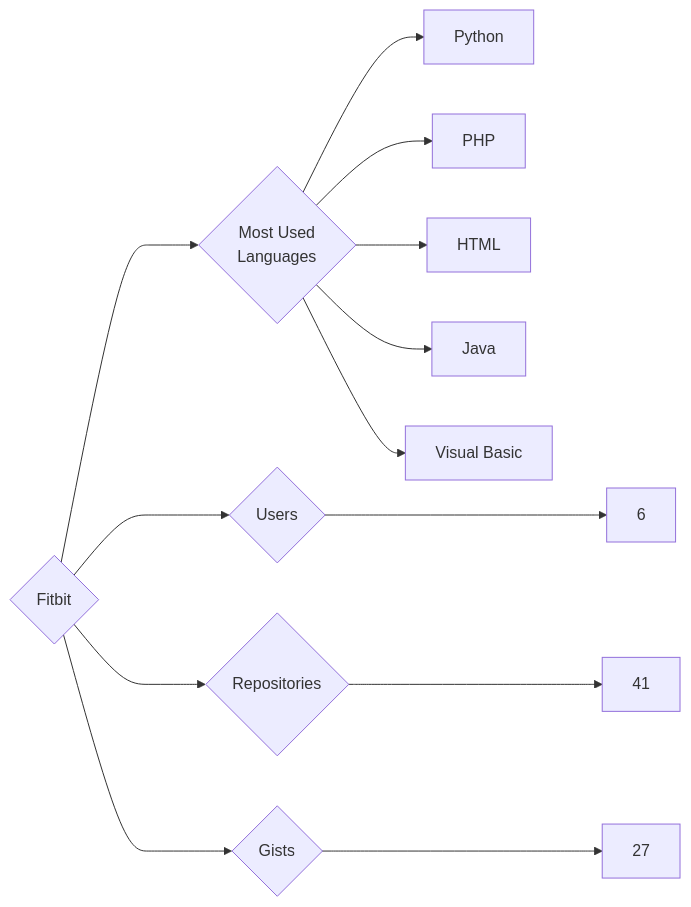
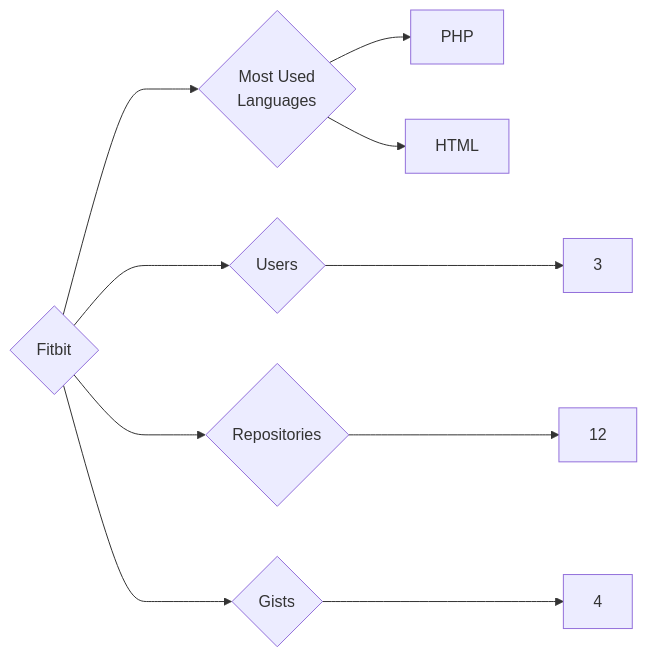
One commit to trickest/insiders changed the diagram in targets/Fitbit/README.md. Above: the diagram before and after it, drawn with Mermaid. The commit also changed 1055 other files, not shown here.

````diff
--- a/targets/Fitbit/README.md
+++ b/targets/Fitbit/README.md
@@ -3,13 +3,10 @@
 ```mermaid
 graph LR
 COMPANY_NAME{Fitbit}
-COMPANY_NAME ---> U{Users} ---> UN[6]
-COMPANY_NAME ---> R{Repositories} ---> RN[41]
-COMPANY_NAME ---> G{Gists} ---> GN[27]
+COMPANY_NAME ---> U{Users} ---> UN[3]
+COMPANY_NAME ---> R{Repositories} ---> RN[12]
+COMPANY_NAME ---> G{Gists} ---> GN[4]
 COMPANY_NAME ---> ML{Most Used<br>Languages}
-ML --> Python[Python]
 ML --> PHP[PHP]
 ML --> HTML[HTML]
-ML --> Java[Java]
-ML --> Visual_Basic[Visual Basic]
 ```
````
